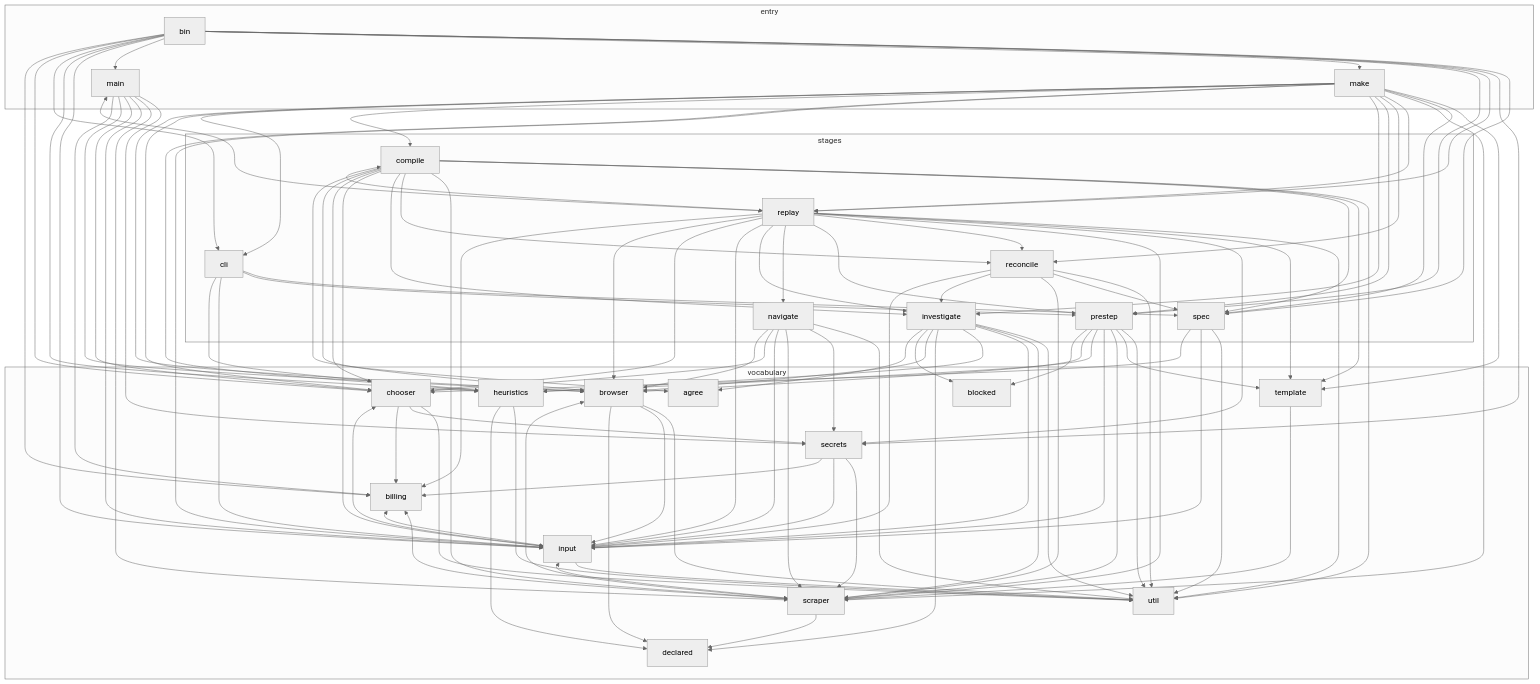
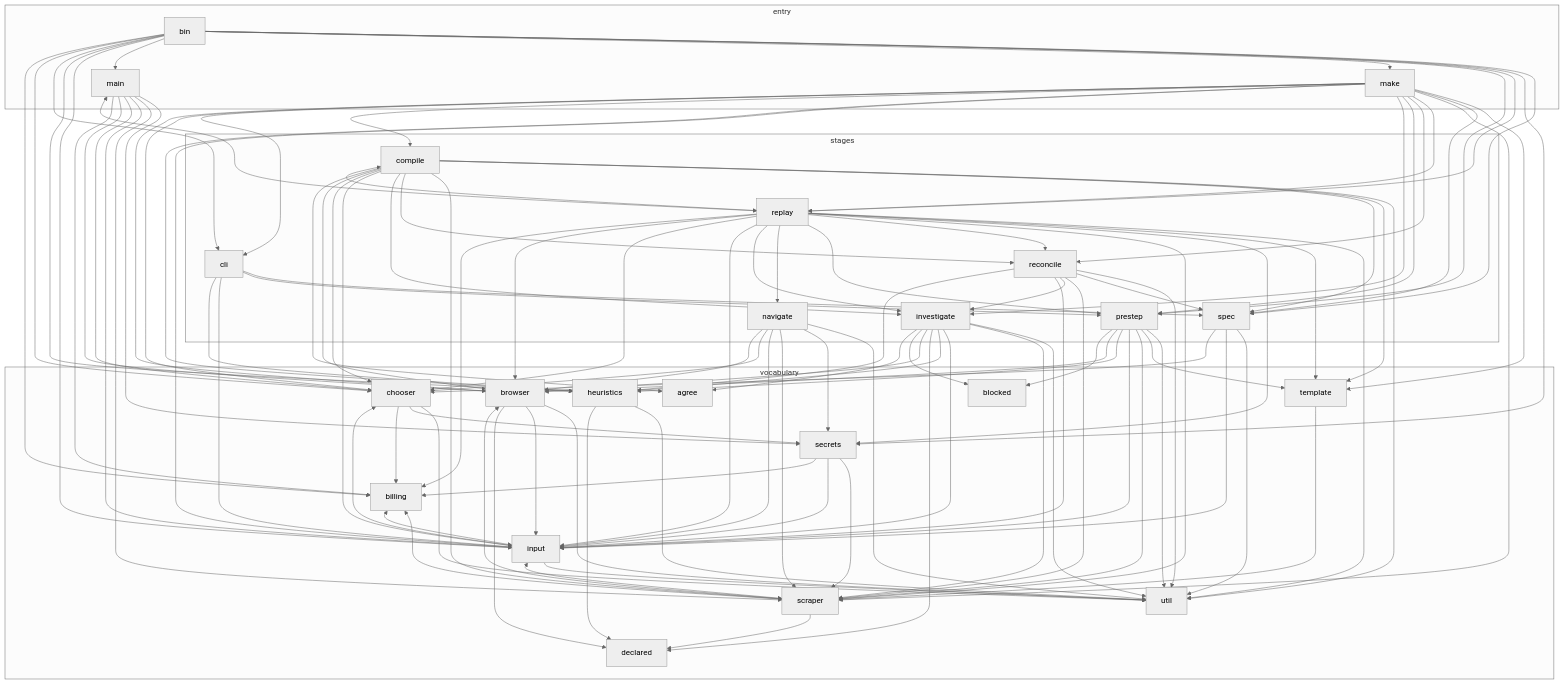
Before and after one commit to fellowship-dev/navvi: the diagram in docs/architecture.md, drawn with Mermaid (neutral theme). The commit also changed 6 other files, not shown here.

```diff
--- a/docs/architecture.md
+++ b/docs/architecture.md
@@ -130,6 +130,7 @@
   prestep --> scraper
   prestep --> template
   prestep --> util
+  reconcile --> heuristics
   reconcile --> input
   reconcile --> investigate
   reconcile --> scraper
```
